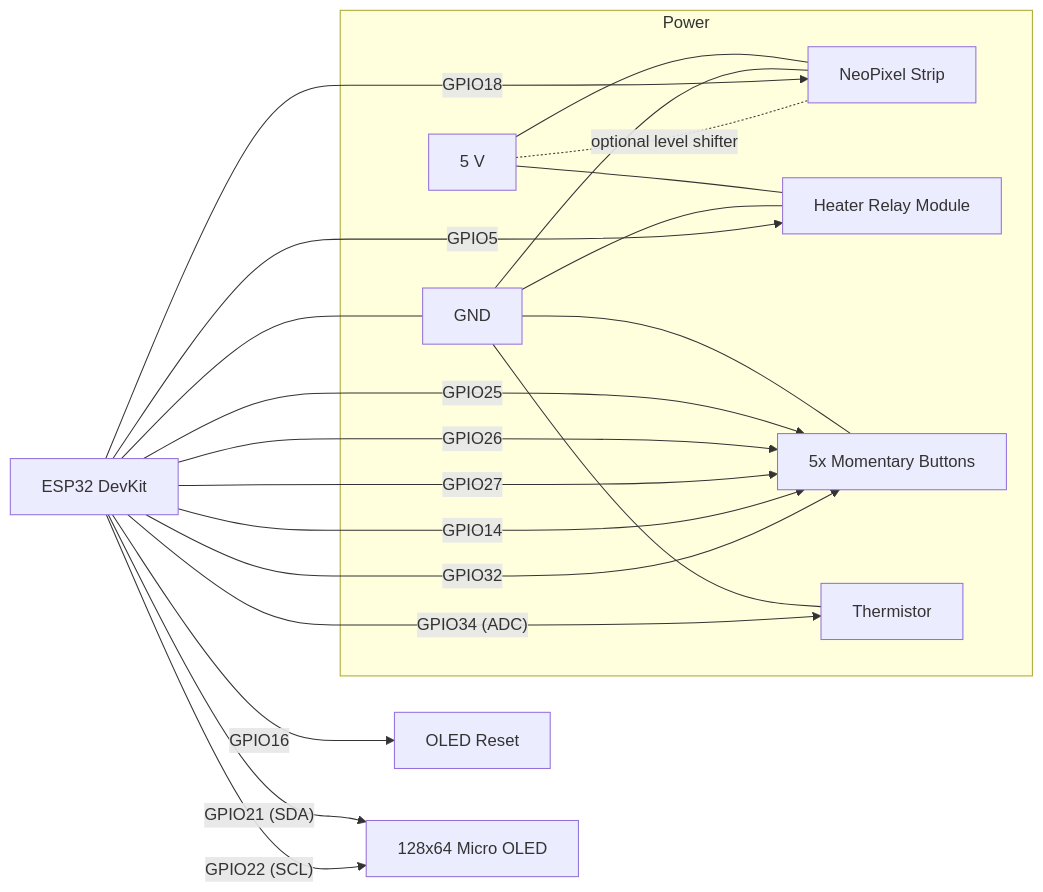
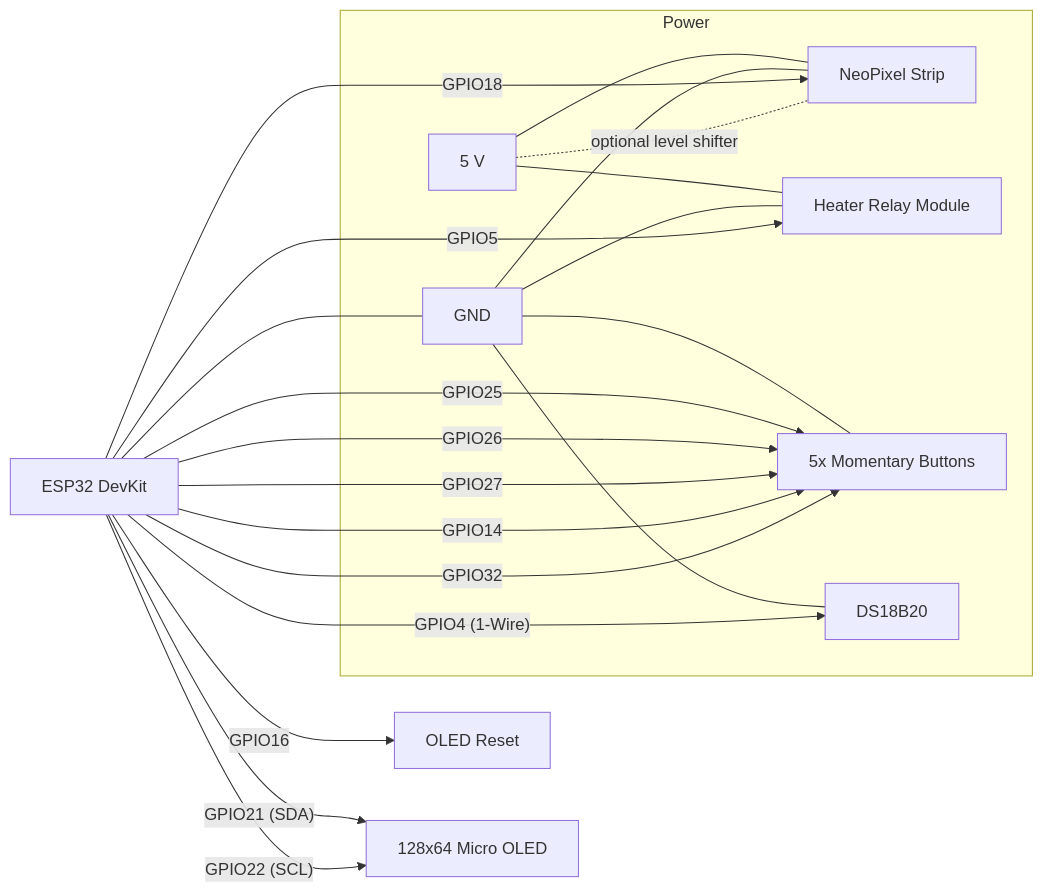
Before and after one commit to jvaughan504-glitch/DigitalFirePlace2: the diagram in README.md, drawn with Mermaid. The commit also changed other lines of this file and 2 other files, not shown here.

````diff
--- a/README.md
+++ b/README.md
@@ -77,30 +78,30 @@
 ```mermaid
 flowchart LR
   subgraph Power
     V5[5 V] --- Strip[NeoPixel Strip]
     V5 --- Relay[Heater Relay Module]
     GND[GND] --- Strip
     GND --- Relay
     GND --- Buttons[5x Momentary Buttons]
-    GND --- Thermistor
+    GND --- DS18B20
   end
 
   ESP32[ESP32 DevKit]
 
   ESP32 -- GPIO18 --> Strip
   ESP32 -- GPIO5 --> Relay
-  ESP32 -- GPIO34 (ADC) --> Thermistor
+  ESP32 -- GPIO4 (1-Wire) --> DS18B20
 
   ESP32 -- GPIO25 --> Buttons
   ESP32 -- GPIO26 --> Buttons
   ESP32 -- GPIO27 --> Buttons
   ESP32 -- GPIO14 --> Buttons
   ESP32 -- GPIO32 --> Buttons
 
   ESP32 -- GPIO16 --> OLED_RST[OLED Reset]
   ESP32 -- GPIO21 (SDA) --> OLED[128x64 Micro OLED]
   ESP32 -- GPIO22 (SCL) --> OLED
 
   V5 -. optional level shifter .- Strip
   ESP32 --- GND
 ```
````
